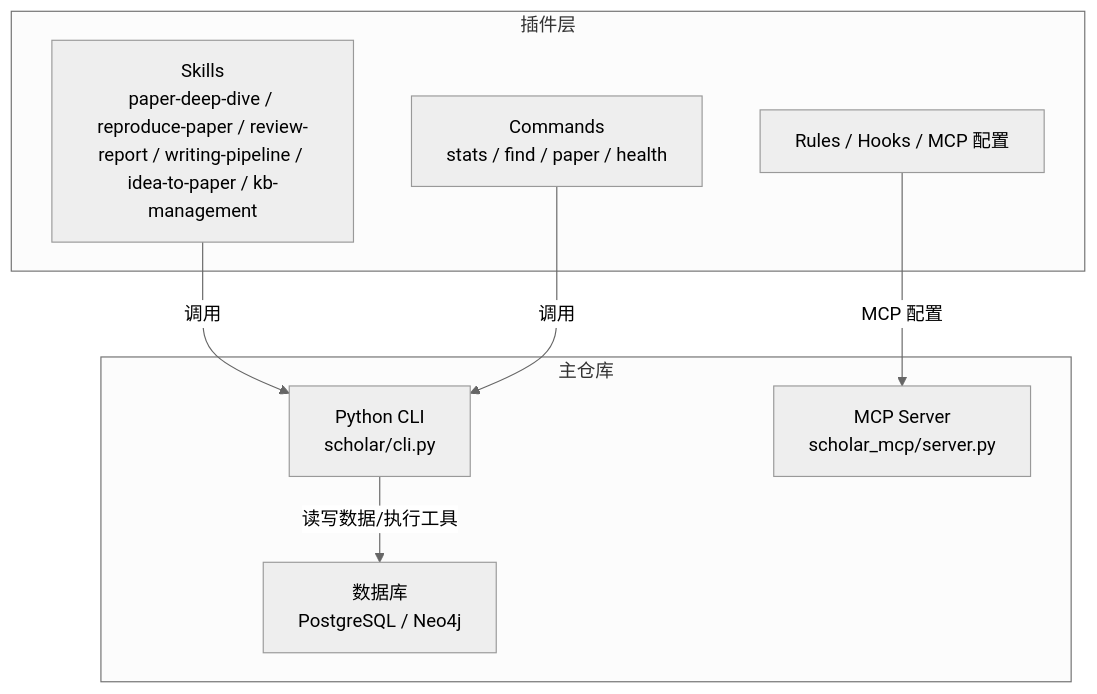
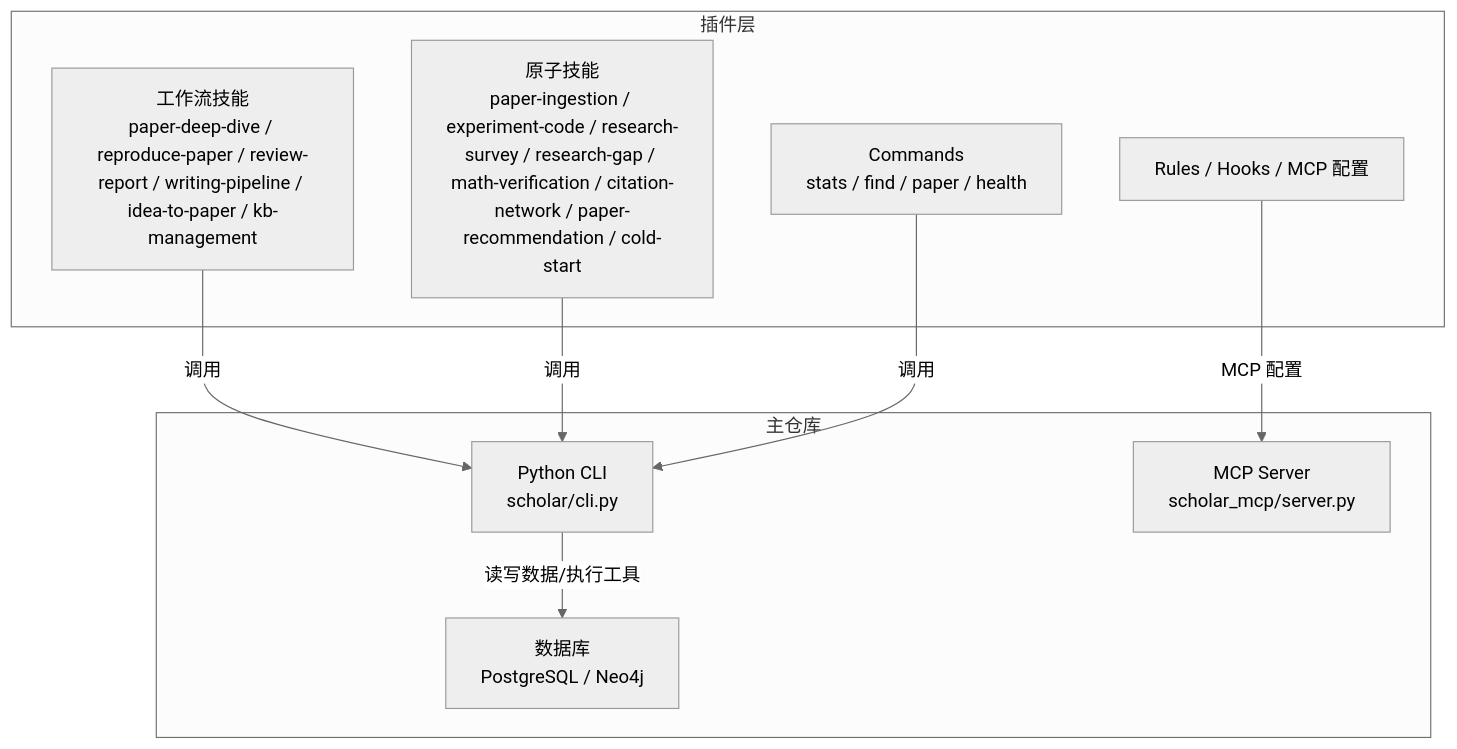
Before and after one commit to 1173591564/academic-based-qoder: the first of 9 diagrams in .qoder/repowiki/zh/content/研究技能系统/工作流技能实现.md, drawn with Mermaid (neutral theme). The commit also changed other lines of this file and 89 other files, not shown here.

````diff
--- a/.qoder/repowiki/zh/content/研究技能系统/工作流技能实现.md
+++ b/.qoder/repowiki/zh/content/研究技能系统/工作流技能实现.md
@@ -42,17 +52,19 @@
 ```mermaid
 graph TB
 subgraph "插件层"
-P1["Skills<br/>paper-deep-dive / reproduce-paper / review-report / writing-pipeline / idea-to-paper / kb-management"]
-P2["Commands<br/>stats / find / paper / health"]
-P3["Rules / Hooks / MCP 配置"]
+P1["工作流技能<br/>paper-deep-dive / reproduce-paper / review-report / writing-pipeline / idea-to-paper / kb-management"]
+P2["原子技能<br/>paper-ingestion / experiment-code / research-survey / research-gap / math-verification / citation-network / paper-recommendation / cold-start"]
+P3["Commands<br/>stats / find / paper / health"]
+P4["Rules / Hooks / MCP 配置"]
 end
 subgraph "主仓库"
 M1["Python CLI<br/>scholar/cli.py"]
 M2["MCP Server<br/>scholar_mcp/server.py"]
 M3["数据库<br/>PostgreSQL / Neo4j"]
 end
 P1 --> |"调用"| M1
 P2 --> |"调用"| M1
-P3 --> |"MCP 配置"| M2
+P3 --> |"调用"| M1
+P4 --> |"MCP 配置"| M2
 M1 --> |"读写数据/执行工具"| M3
 ```
````
